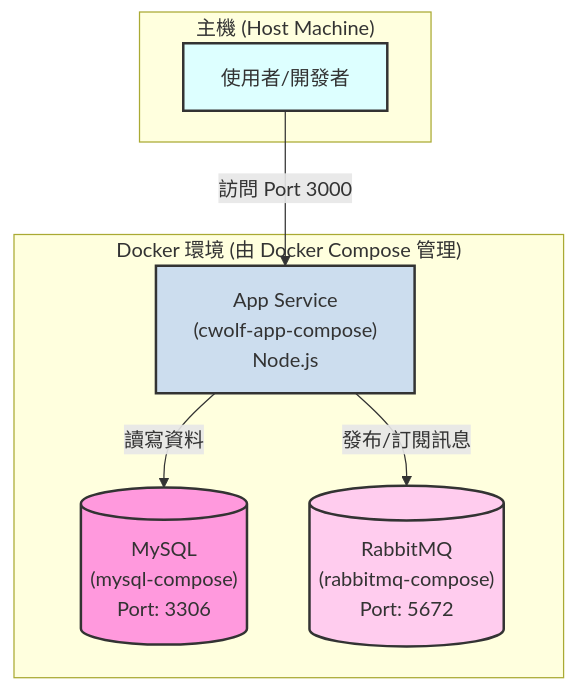
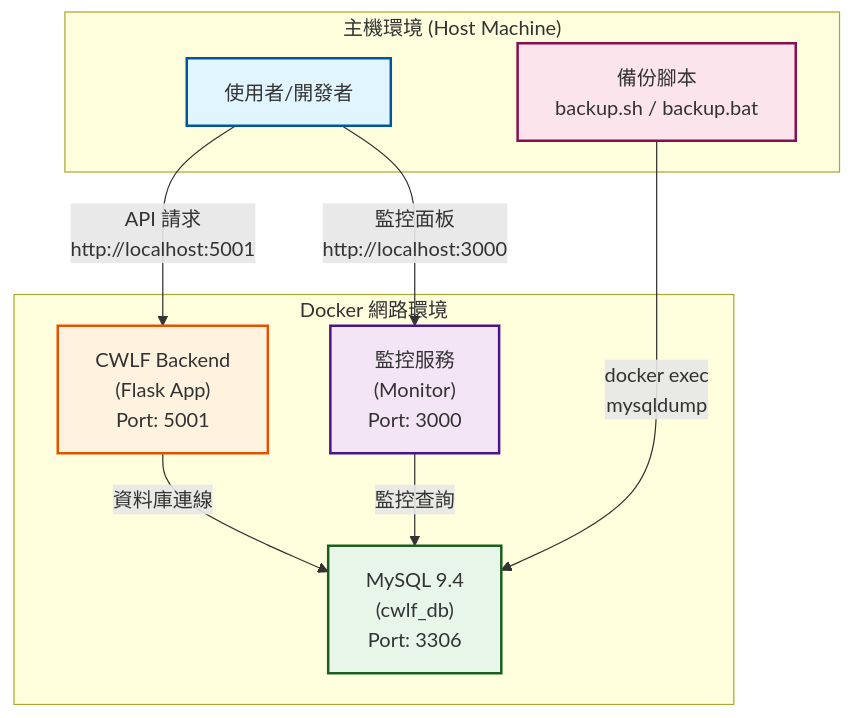
The diagram in README.md (jp05451/cwlf-backend), drawn with Mermaid before and after one commit. The commit also changed other lines of this file, not shown here.

````diff
--- a/README.md
+++ b/README.md
@@ -22,27 +37,25 @@
 ```mermaid
 graph TD
-    subgraph "主機 (Host Machine)"
+    subgraph "主機環境 (Host Machine)"
         U[使用者/開發者]
+        BACKUP[備份腳本<br/>backup.sh / backup.bat]
     end
 
-    subgraph "Docker 環境 (由 Docker Compose 管理)"
-        A["App Service
-        (cwolf-app-compose)
-        Node.js"]
-        DB[("MySQL
-        (mysql-compose)
-        Port: 3306")]
-        MQ[("RabbitMQ
-        (rabbitmq-compose)
-        Port: 5672")]
+    subgraph "Docker 網路環境"
+        BACKEND["CWLF Backend<br/>(Flask App)<br/>Port: 5001"]
+        MYSQL["MySQL 9.4<br/>(cwlf_db)<br/>Port: 3306"]
+        MONITOR["監控服務<br/>(Monitor)<br/>Port: 3000"]
     end
 
-    U -- "訪問 Port 3000" --> A
-    A -- "讀寫資料" --> DB
-    A -- "發布/訂閱訊息" --> MQ
+    U -- "API 請求<br/>http://localhost:5001" --> BACKEND
+    U -- "監控面板<br/>http://localhost:3000" --> MONITOR
+    BACKEND -- "資料庫連線" --> MYSQL
+    MONITOR -- "監控查詢" --> MYSQL
+    BACKUP -- "docker exec<br/>mysqldump" --> MYSQL
 
-    style U fill:#dff,stroke:#333,stroke-width:2px
-    style A fill:#cde,stroke:#333,stroke-width:2px
-    style DB fill:#f9d,stroke:#333,stroke-width:2px
-    style MQ fill:#fce,stroke:#333,stroke-width:2px
+    style U fill:#e1f5ff,stroke:#01579b,stroke-width:2px
+    style BACKEND fill:#fff3e0,stroke:#e65100,stroke-width:2px
+    style MYSQL fill:#e8f5e9,stroke:#1b5e20,stroke-width:2px
+    style MONITOR fill:#f3e5f5,stroke:#4a148c,stroke-width:2px
+    style BACKUP fill:#fce4ec,stroke:#880e4f,stroke-width:2px
 ```
````
